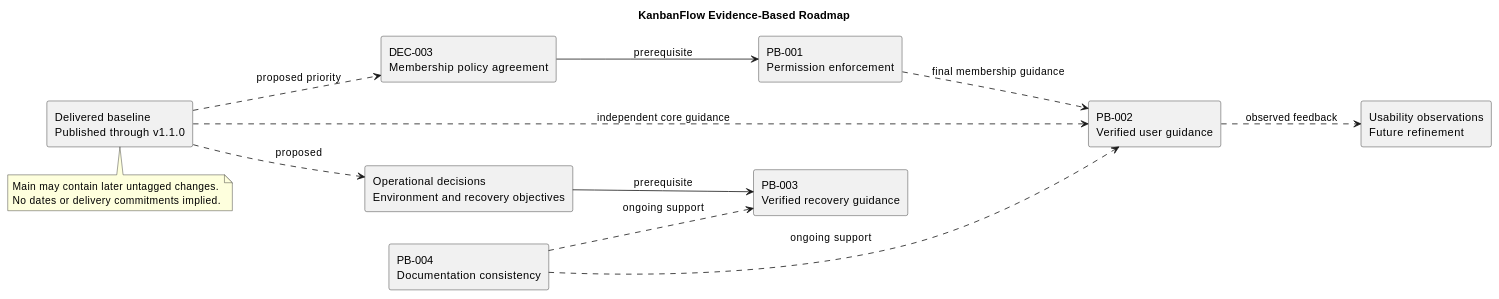
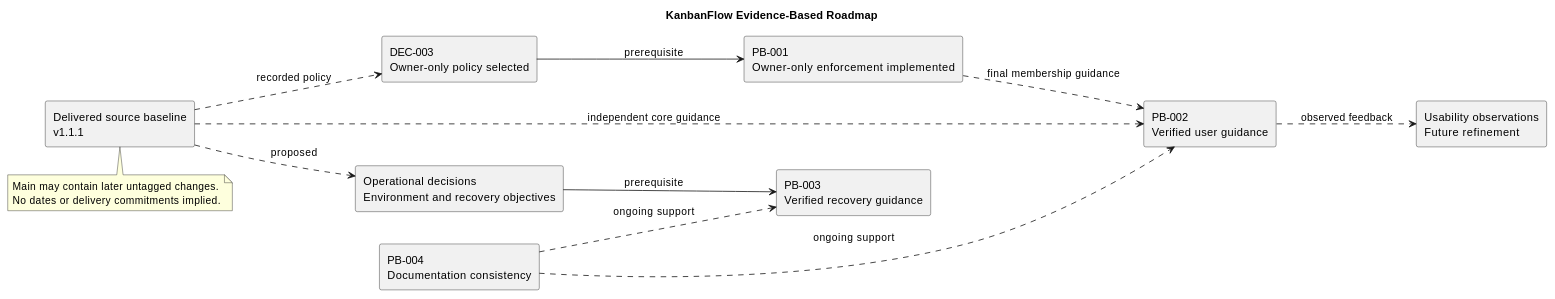
Before and after one commit to Farhad-Valizadegan/Web-KanbanFlow: the diagram in docs/Project-Management/roadmap.md, drawn with PlantUML. The commit also changed other lines of this file and 127 other files, not shown here.

````diff
--- a/docs/Project-Management/roadmap.md
+++ b/docs/Project-Management/roadmap.md
@@ -108,27 +109,27 @@
 ```plantuml
 @startuml
 title KanbanFlow Evidence-Based Roadmap
 left to right direction
-rectangle "Delivered baseline\nPublished through v1.1.0" as B
-rectangle "DEC-003\nMembership policy agreement" as D
-rectangle "PB-001\nPermission enforcement" as P
+rectangle "Delivered source baseline\nv1.1.1" as B
+rectangle "DEC-003\nOwner-only policy selected" as D
+rectangle "PB-001\nOwner-only enforcement implemented" as P
 rectangle "PB-002\nVerified user guidance" as U
 rectangle "Operational decisions\nEnvironment and recovery objectives" as O
 rectangle "PB-003\nVerified recovery guidance" as R
 rectangle "Usability observations\nFuture refinement" as F
 rectangle "PB-004\nDocumentation consistency" as M
-B ..> D : proposed priority
+B ..> D : recorded policy
 D --> P : prerequisite
 P ..> U : final membership guidance
 B ..> U : independent core guidance
 B ..> O : proposed
 O --> R : prerequisite
 U ..> F : observed feedback
 M ..> U : ongoing support
 M ..> R : ongoing support
 note bottom of B
 Main may contain later untagged changes.
 No dates or delivery commitments implied.
 end note
 @enduml
 ```
````
